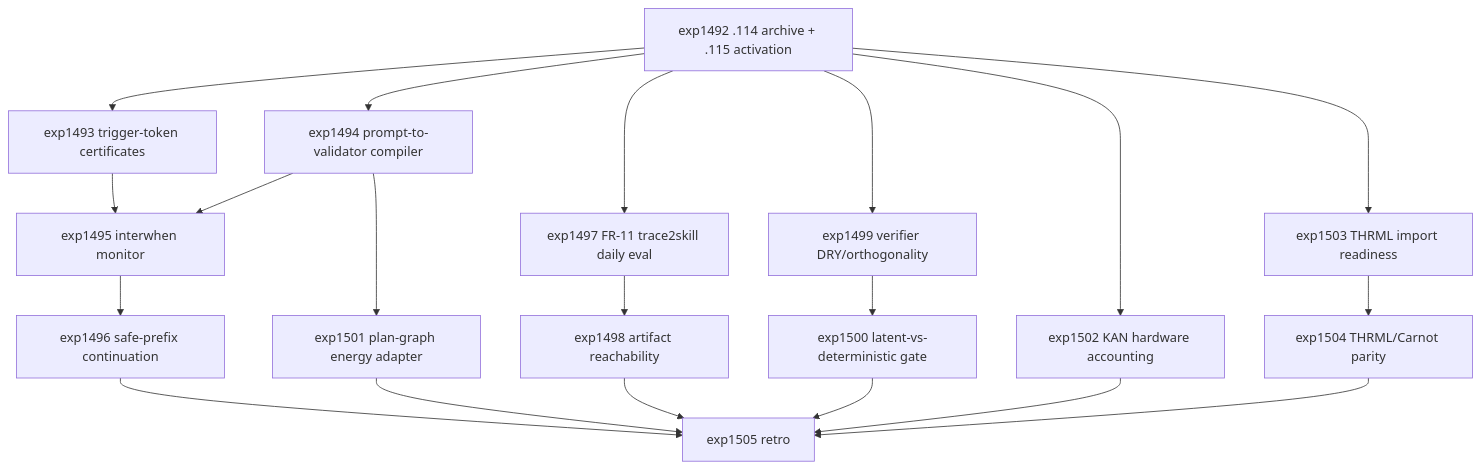
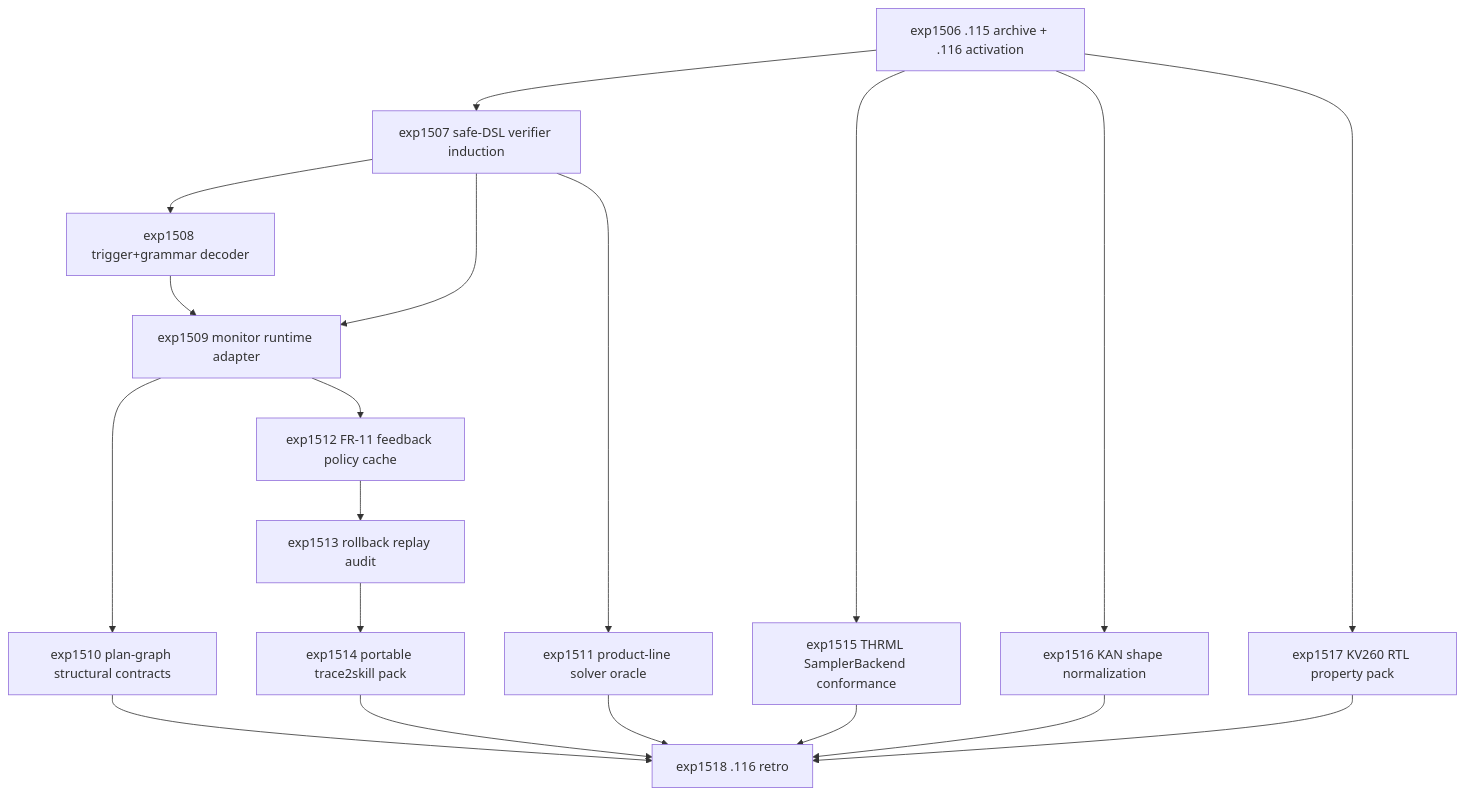
One commit to Carnot-EBM/carnot-ebm changed the diagram in openspec/change-proposals/research-roadmap-vNEXT.md. Above: the diagram before and after it, drawn with Mermaid. The commit also changed other lines of this file and 4 other files, not shown here.

````diff
--- a/openspec/change-proposals/research-roadmap-vNEXT.md
+++ b/openspec/change-proposals/research-roadmap-vNEXT.md
@@ -143,37 +152,35 @@
 ```mermaid
 flowchart TD
-    E1492[exp1492 .114 archive + .115 activation]
-    E1493[exp1493 trigger-token certificates]
-    E1494[exp1494 prompt-to-validator compiler]
-    E1495[exp1495 interwhen monitor]
-    E1496[exp1496 safe-prefix continuation]
-    E1497[exp1497 FR-11 trace2skill daily eval]
-    E1498[exp1498 artifact reachability]
-    E1499[exp1499 verifier DRY/orthogonality]
-    E1500[exp1500 latent-vs-deterministic gate]
-    E1501[exp1501 plan-graph energy adapter]
-    E1502[exp1502 KAN hardware accounting]
-    E1503[exp1503 THRML import readiness]
-    E1504[exp1504 THRML/Carnot parity]
-    E1505[exp1505 retro]
+    E1506[exp1506 .115 archive + .116 activation]
+    E1507[exp1507 safe-DSL verifier induction]
+    E1508[exp1508 trigger+grammar decoder]
+    E1509[exp1509 monitor runtime adapter]
+    E1510[exp1510 plan-graph structural contracts]
+    E1511[exp1511 product-line solver oracle]
+    E1512[exp1512 FR-11 feedback policy cache]
+    E1513[exp1513 rollback replay audit]
+    E1514[exp1514 portable trace2skill pack]
+    E1515[exp1515 THRML SamplerBackend conformance]
+    E1516[exp1516 KAN shape normalization]
+    E1517[exp1517 KV260 RTL property pack]
+    E1518[exp1518 .116 retro]
 
-    E1492 --> E1493
-    E1492 --> E1494
-    E1493 --> E1495
-    E1494 --> E1495
-    E1495 --> E1496
-    E1492 --> E1497
-    E1497 --> E1498
-    E1492 --> E1499
-    E1499 --> E1500
-    E1494 --> E1501
-    E1492 --> E1502
-    E1492 --> E1503
-    E1503 --> E1504
-    E1496 --> E1505
-    E1498 --> E1505
-    E1500 --> E1505
-    E1501 --> E1505
-    E1502 --> E1505
-    E1504 --> E1505
+    E1506 --> E1507
+    E1507 --> E1508
+    E1507 --> E1509
+    E1508 --> E1509
+    E1509 --> E1510
+    E1507 --> E1511
+    E1509 --> E1512
+    E1512 --> E1513
+    E1513 --> E1514
+    E1506 --> E1515
+    E1506 --> E1516
+    E1506 --> E1517
+    E1510 --> E1518
+    E1511 --> E1518
+    E1514 --> E1518
+    E1515 --> E1518
+    E1516 --> E1518
+    E1517 --> E1518
 ```
````
